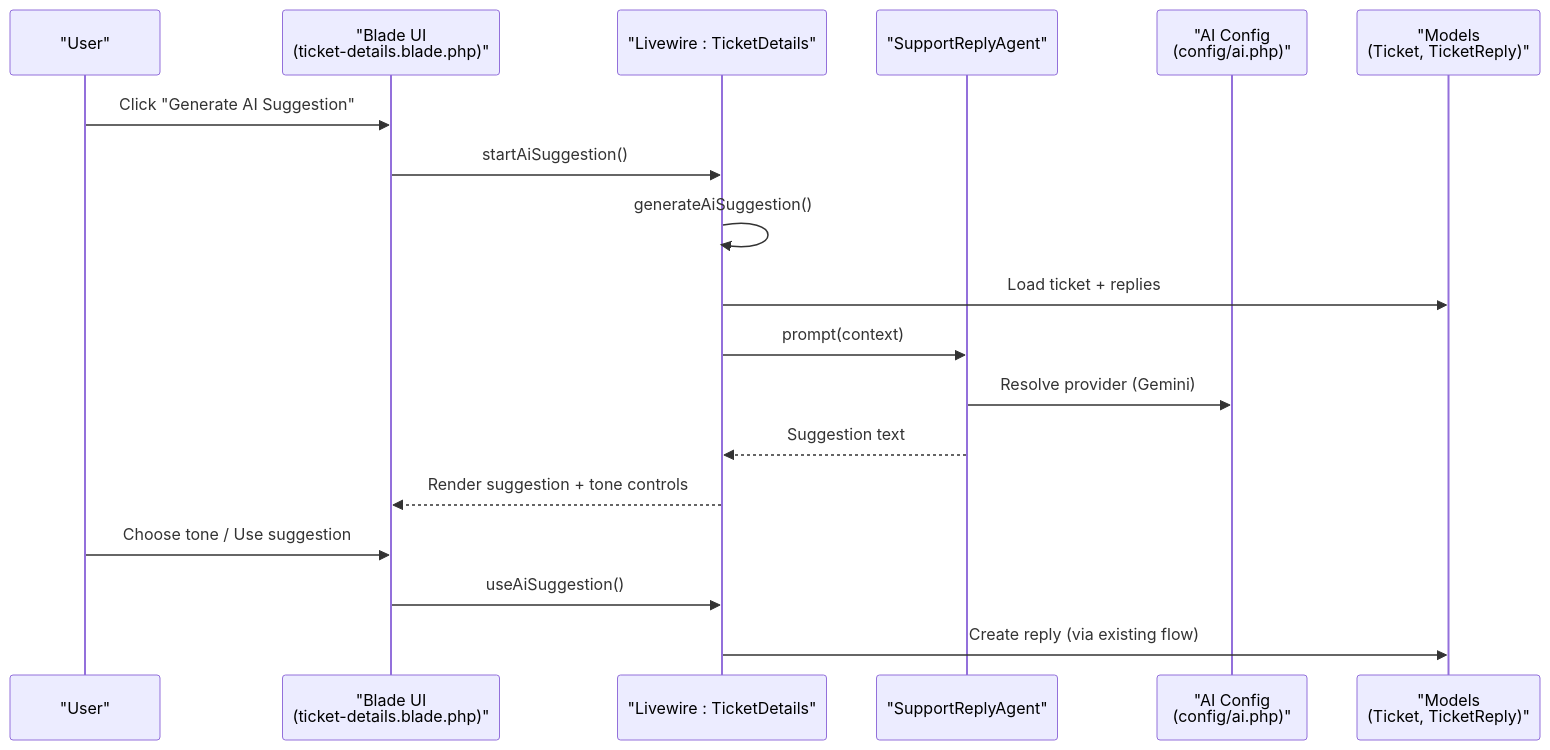
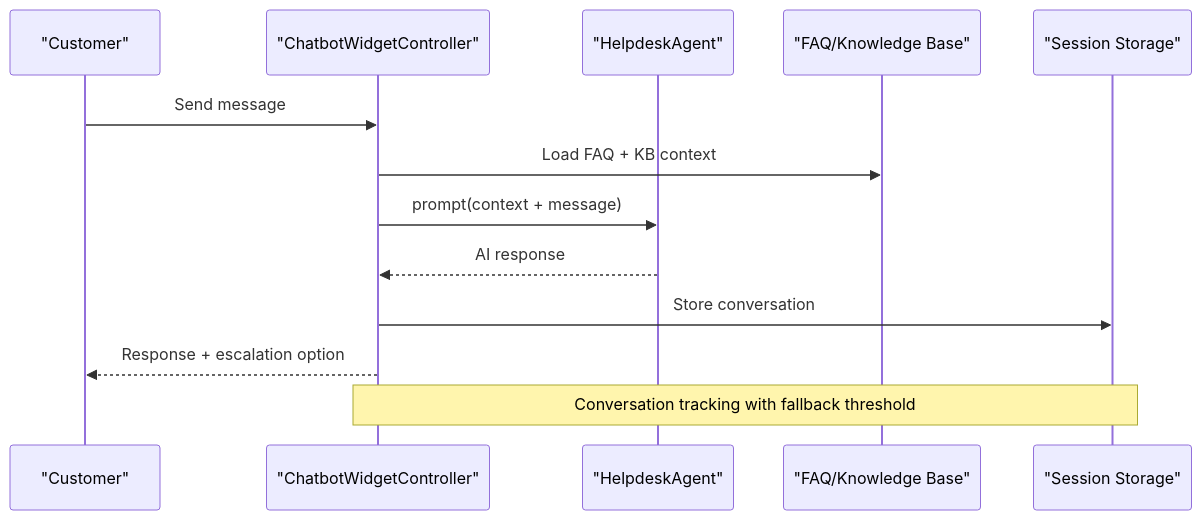
The second of 8 diagrams in .qoder/repowiki/en/content/AI Integration/AI Integration.md (younesgamer68/helpdesk-system), drawn with Mermaid before and after one commit. The commit also changed other lines of this file and 210 other files, not shown here.

````diff
--- a/.qoder/repowiki/en/content/AI Integration/AI Integration.md
+++ b/.qoder/repowiki/en/content/AI Integration/AI Integration.md
@@ -106,20 +122,15 @@
 ```mermaid
 sequenceDiagram
-participant U as "User"
-participant V as "Blade UI<br/>(ticket-details.blade.php)"
-participant LW as "Livewire : TicketDetails"
-participant AG as "SupportReplyAgent"
-participant CFG as "AI Config<br/>(config/ai.php)"
-participant M as "Models<br/>(Ticket, TicketReply)"
-U->>V : Click "Generate AI Suggestion"
-V->>LW : startAiSuggestion()
-LW->>LW : generateAiSuggestion()
-LW->>M : Load ticket + replies
-LW->>AG : prompt(context)
-AG->>CFG : Resolve provider (Gemini)
-AG-->>LW : Suggestion text
-LW-->>V : Render suggestion + tone controls
-U->>V : Choose tone / Use suggestion
-V->>LW : useAiSuggestion()
-LW->>M : Create reply (via existing flow)
+participant C as "Customer"
+participant W as "ChatbotWidgetController"
+participant A as "HelpdeskAgent"
+participant F as "FAQ/Knowledge Base"
+participant S as "Session Storage"
+C->>W : Send message
+W->>F : Load FAQ + KB context
+W->>A : prompt(context + message)
+A-->>W : AI response
+W->>S : Store conversation
+W-->>C : Response + escalation option
+Note over W,S : Conversation tracking with fallback threshold
 ```
````
